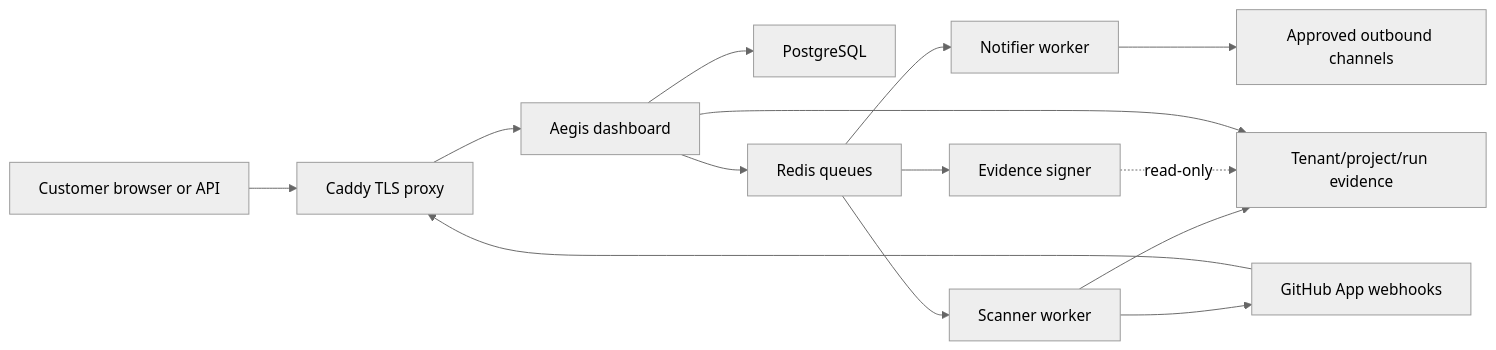
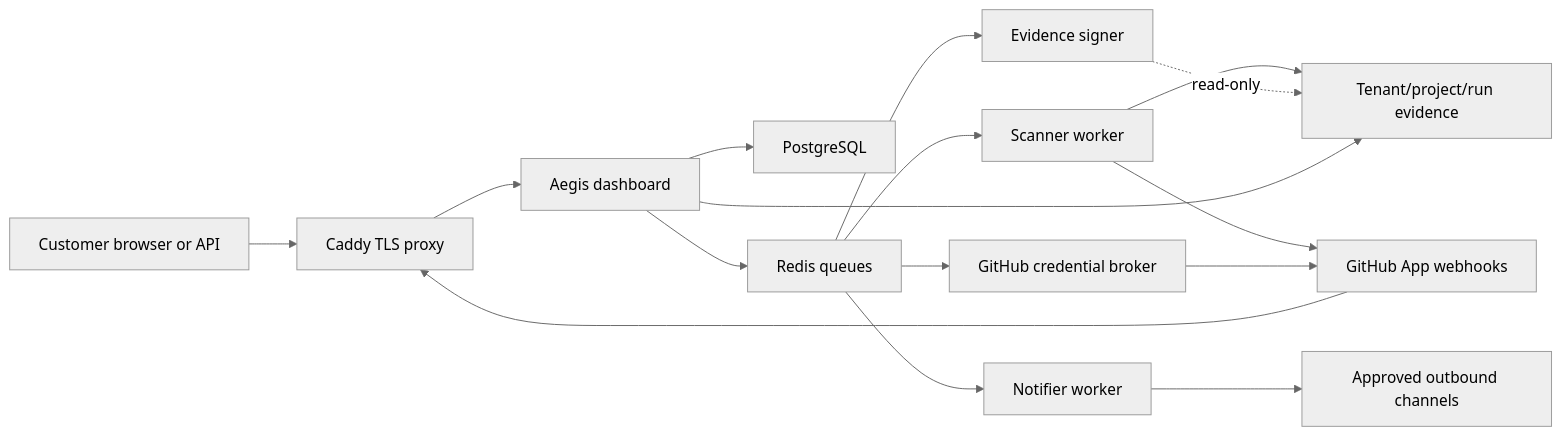
Before and after one commit to huslenine999/aegis: the diagram in docs/ARCHITECTURE.md, drawn with Mermaid (neutral theme). The commit also changed other lines of this file and 6 other files, not shown here.

First line of the commit message:
docs: F06 worker isolation (signer, GitHub broker, DB logins, dumpable)

````diff
--- a/docs/ARCHITECTURE.md
+++ b/docs/ARCHITECTURE.md
@@ -34,16 +34,18 @@
 ```mermaid
 flowchart LR
   U["Customer browser or API"] --> P["Caddy TLS proxy"]
   G["GitHub App webhooks"] --> P
   P --> D["Aegis dashboard"]
   D --> DB["PostgreSQL"]
   D --> R["Redis queues"]
   R --> W["Scanner worker"]
   R --> N["Notifier worker"]
   R --> S["Evidence signer"]
+  R --> B["GitHub credential broker"]
   W --> A["Tenant/project/run evidence"]
   S -. read-only .-> A
   W --> G
+  B --> G
   N --> O["Approved outbound channels"]
   D --> A
 ```
````
